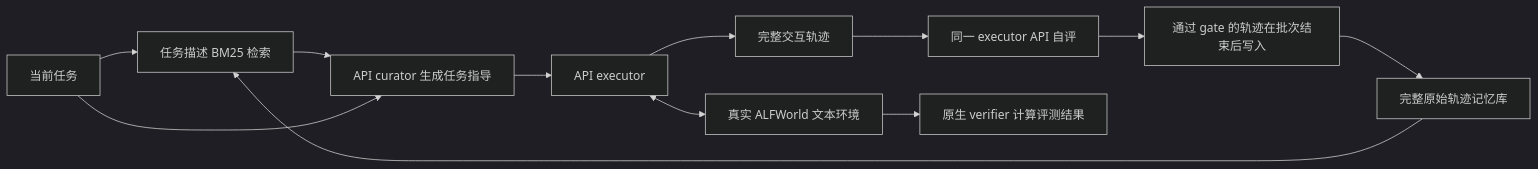
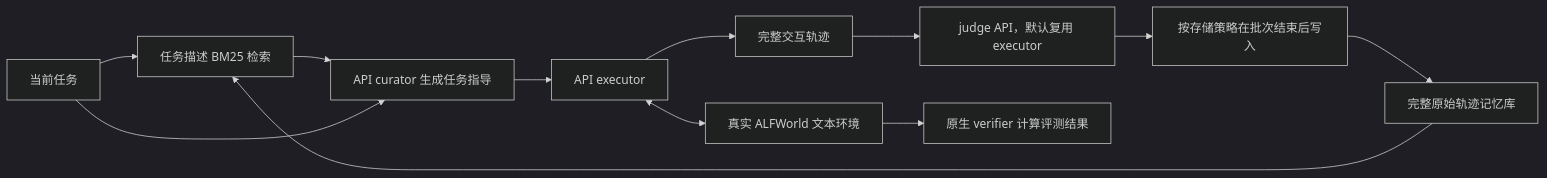
The diagram in README.md (Exinwww/JitMem), drawn with Mermaid (dark theme) before and after one commit. The commit also changed other lines of this file and 15 other files, not shown here.

First line of the commit message:
Support independent judge and evaluate gpt-6.1 executor

````diff
--- a/README.md
+++ b/README.md
@@ -82,14 +91,14 @@
 ```mermaid
 flowchart LR
     X[当前任务] --> R[任务描述 BM25 检索]
     M[完整原始轨迹记忆库] --> R
     R --> C[API curator 生成任务指导]
     X --> C
     C --> E[API executor]
     E <--> A[真实 ALFWorld 文本环境]
     E --> T[完整交互轨迹]
-    T --> J[同一 executor API 自评]
-    J --> B[通过 gate 的轨迹在批次结束后写入]
+    T --> J[judge API，默认复用 executor]
+    J --> B[按存储策略在批次结束后写入]
     B --> M
     A --> V[原生 verifier 计算评测结果]
 ```
````
